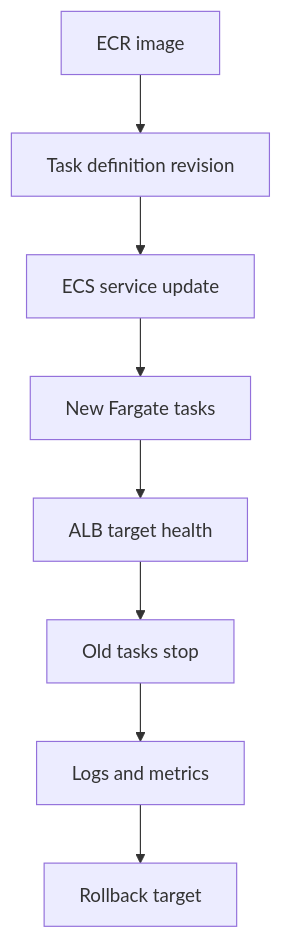
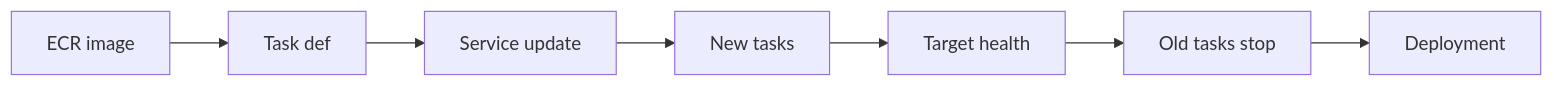
One commit to senlinyy/dev-roadmaps changed the diagram in cloud-providers/aws/deployment-runtime-operations/deploying-and-updating-an-ecs-service.md. Above: the diagram before and after it, drawn with Mermaid. The commit also changed other lines of this file and 275 other files, not shown here.

Commit message:
feat: roadmap structure update

````diff
--- a/cloud-providers/aws/deployment-runtime-operations/deploying-and-updating-an-ecs-service.md
+++ b/cloud-providers/aws/deployment-runtime-operations/deploying-and-updating-an-ecs-service.md
@@ -47,10 +109,9 @@
 ```mermaid
-flowchart TD
-    IMAGE["ECR image"] --> REVISION["Task definition revision"]
-    REVISION --> UPDATE["ECS service update"]
-    UPDATE --> TASKS["New Fargate tasks"]
-    TASKS --> HEALTH["ALB target health"]
-    HEALTH --> OLD["Old tasks stop"]
-    OLD --> EVIDENCE["Logs and metrics"]
-    EVIDENCE --> ROLLBACK["Rollback target"]
+flowchart LR
+    ECR["ECR image"] --> TD["Task def"]
+    TD --> Service["Service update"]
+    Service --> New["New tasks"]
+    New --> Target["Target health"]
+    Target --> Old["Old tasks stop"]
+    Old --> Done["Deployment"]
 ```
````
